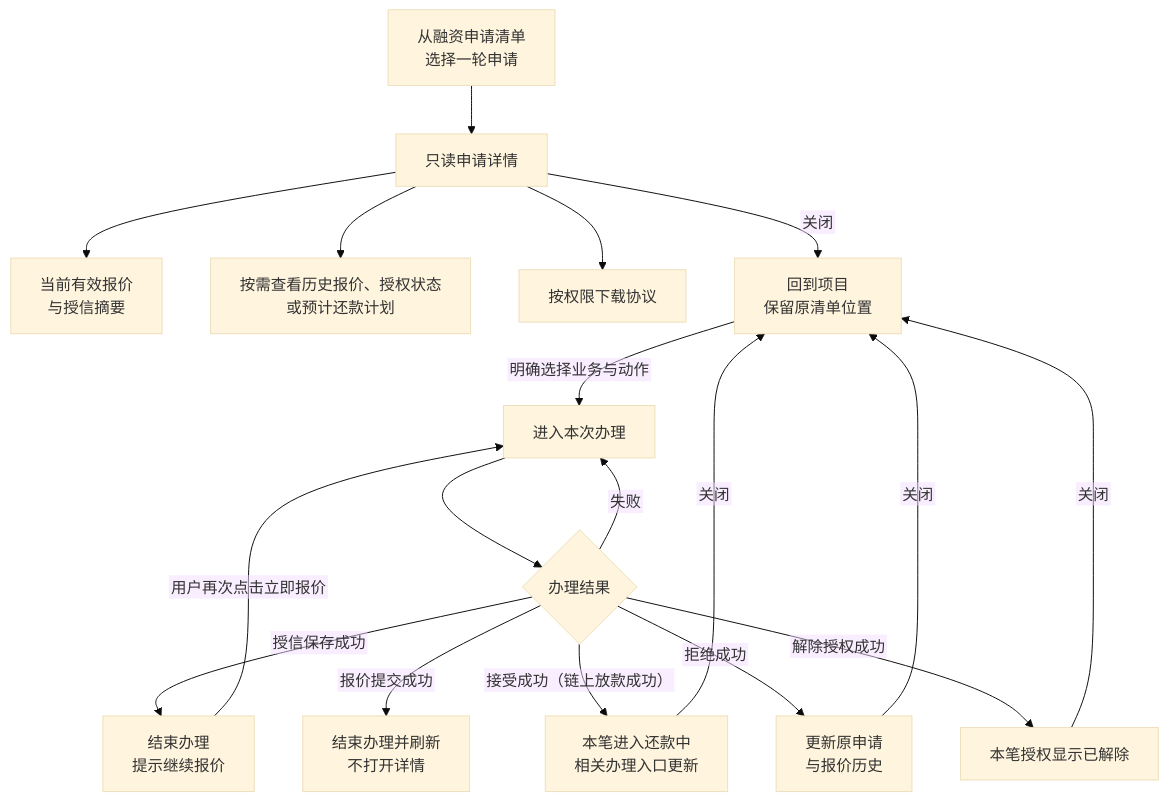
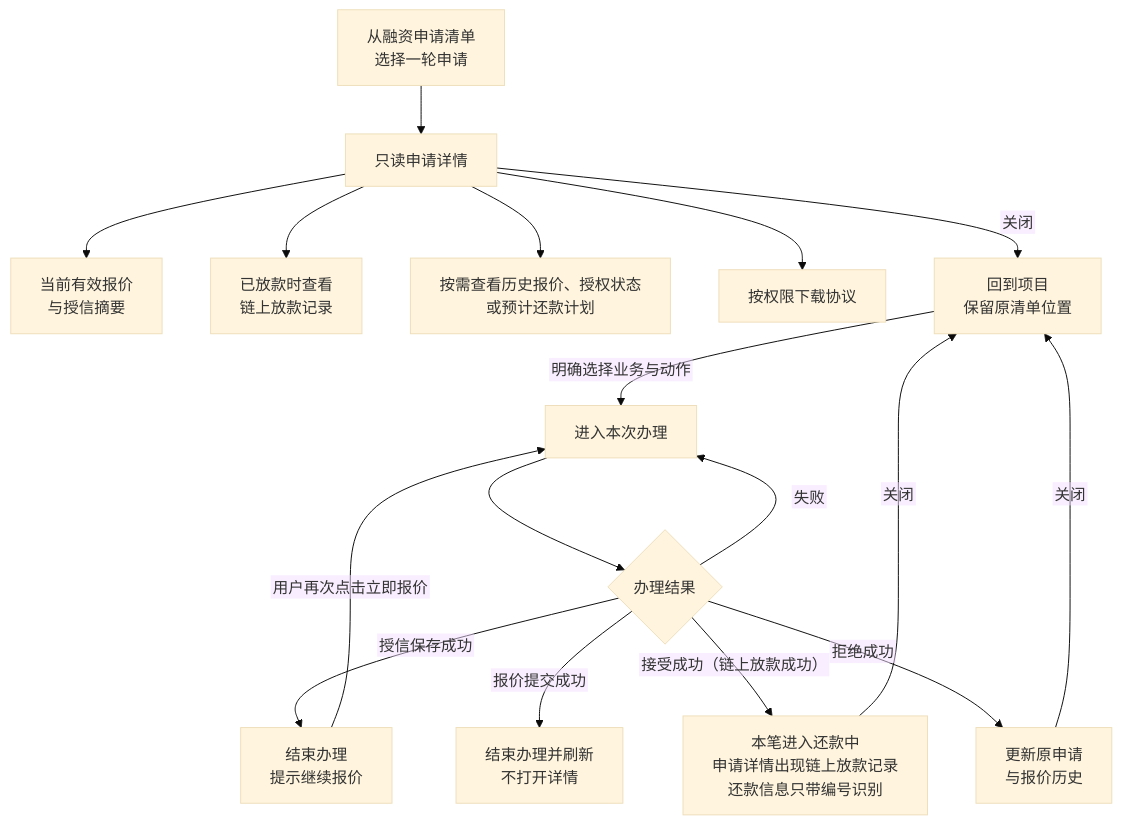
The fifth of 10 diagrams in lending-platform/PRD/面客端/06-借贷广场-授信报价与接受拒绝/02-授信报价与接受拒绝-流程图与状态机.md (wxblockchain/Chain-Financing), drawn with Mermaid (base theme) before and after one commit. The commit also changed other lines of this file and 5 other files, not shown here.

````diff
--- a/lending-platform/PRD/面客端/06-借贷广场-授信报价与接受拒绝/02-授信报价与接受拒绝-流程图与状态机.md
+++ b/lending-platform/PRD/面客端/06-借贷广场-授信报价与接受拒绝/02-授信报价与接受拒绝-流程图与状态机.md
@@ -141,21 +147,20 @@
 ```mermaid
 %%{init: {"flowchart": {"htmlLabels": false, "wrappingWidth": 400}}}%%
 flowchart TD
   A["从融资申请清单<br/>选择一轮申请"] --> B["只读申请详情"]
   B --> C["当前有效报价<br/>与授信摘要"]
+  B --> C2["已放款时查看<br/>链上放款记录"]
   B --> D["按需查看历史报价、授权状态<br/>或预计还款计划"]
   B --> E["按权限下载协议"]
   B -->|"关闭"| P["回到项目<br/>保留原清单位置"]
   P -->|"明确选择业务与动作"| Q["进入本次办理"]
   Q --> R{"办理结果"}
   R -->|"授信保存成功"| S["结束办理<br/>提示继续报价"]
   R -->|"报价提交成功"| T["结束办理并刷新<br/>不打开详情"]
-  R -->|"接受成功（链上放款成功）"| U["本笔进入还款中<br/>相关办理入口更新"]
+  R -->|"接受成功（链上放款成功）"| U["本笔进入还款中<br/>申请详情出现链上放款记录<br/>还款信息只带编号识别"]
   R -->|"拒绝成功"| V["更新原申请<br/>与报价历史"]
-  R -->|"解除授权成功"| W["本笔授权显示已解除"]
   R -->|"失败"| Q
   S -->|"用户再次点击立即报价"| Q
   U -->|"关闭"| P
   V -->|"关闭"| P
-  W -->|"关闭"| P
 ```
````
